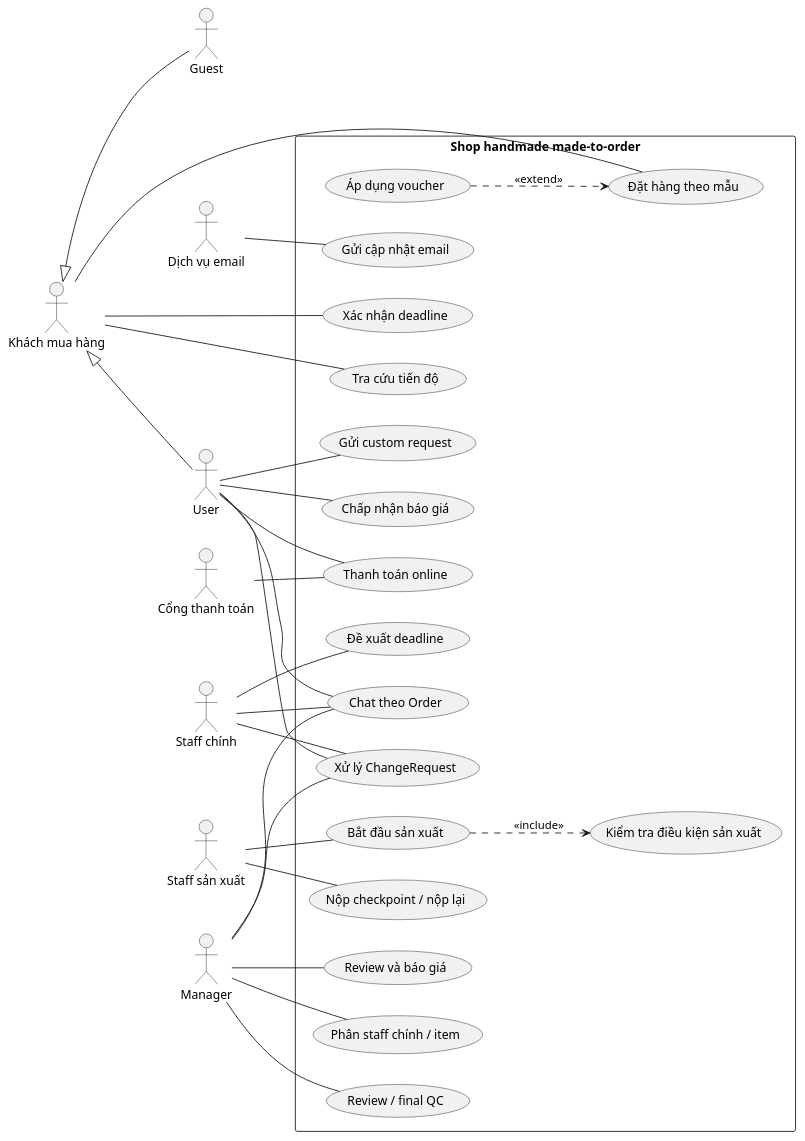
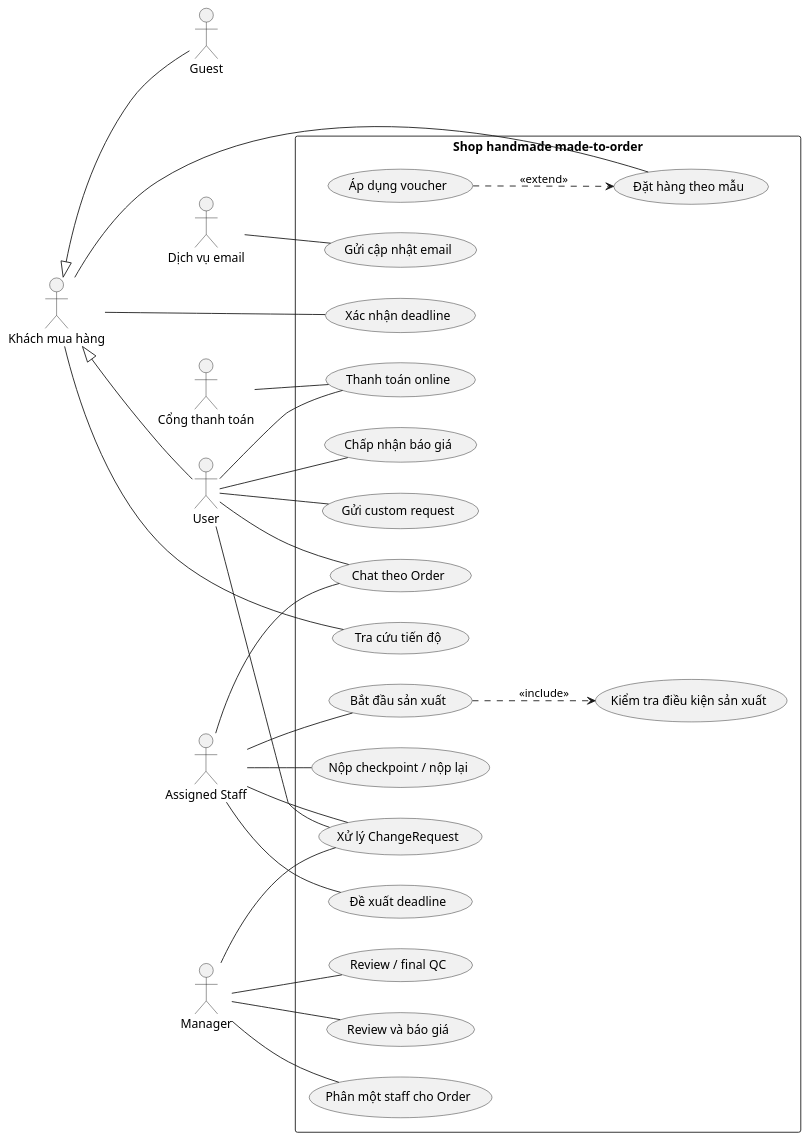
Before and after one commit to phamngoctu11/product_be: the first of 10 diagrams in docs/bao-cao-phan-tich-he-thong-made-to-order.md, drawn with PlantUML. The commit also changed other lines of this file and 35 other files, not shown here.

````diff
--- a/docs/bao-cao-phan-tich-he-thong-made-to-order.md
+++ b/docs/bao-cao-phan-tich-he-thong-made-to-order.md
@@ -178,56 +179,54 @@
 ```plantuml
 @startuml
 left to right direction
 actor "Khách mua hàng" as Buyer
 actor "Guest" as Guest
 actor "User" as User
-actor "Staff chính" as Lead
-actor "Staff sản xuất" as Maker
+actor "Assigned Staff" as Staff
 actor "Manager" as Manager
 actor "Cổng thanh toán" as Payment
 actor "Dịch vụ email" as Mail
 Buyer <|-- Guest
 Buyer <|-- User
 rectangle "Shop handmade made-to-order" {
   usecase "Đặt hàng theo mẫu" as Checkout
   usecase "Áp dụng voucher" as Voucher
   usecase "Thanh toán online" as Pay
   usecase "Gửi custom request" as Custom
   usecase "Review và báo giá" as Quote
   usecase "Chấp nhận báo giá" as Accept
-  usecase "Phân staff chính / item" as Assign
+  usecase "Phân một staff cho Order" as Assign
   usecase "Chat theo Order" as Chat
   usecase "Đề xuất deadline" as Propose
   usecase "Xác nhận deadline" as Confirm
   usecase "Bắt đầu sản xuất" as Start
   usecase "Kiểm tra điều kiện sản xuất" as Guard
   usecase "Nộp checkpoint / nộp lại" as Submit
   usecase "Review / final QC" as Review
   usecase "Xử lý ChangeRequest" as Change
   usecase "Tra cứu tiến độ" as Track
   usecase "Gửi cập nhật email" as Email
 }
 Buyer -- Checkout
 Buyer -- Confirm
 Buyer -- Track
 Voucher ..> Checkout : <<extend>>
 User -- Pay
 Payment -- Pay
 User -- Custom
 User -- Accept
 Manager -- Quote
 Manager -- Assign
 User -- Chat
-Lead -- Chat
-Manager -- Chat
-Lead -- Propose
-Maker -- Start
+Staff -- Chat
+Staff -- Propose
+Staff -- Start
 Start ..> Guard : <<include>>
-Maker -- Submit
+Staff -- Submit
 Manager -- Review
 User -- Change
-Lead -- Change
+Staff -- Change
 Manager -- Change
 Mail -- Email
 @enduml
 ```
````
